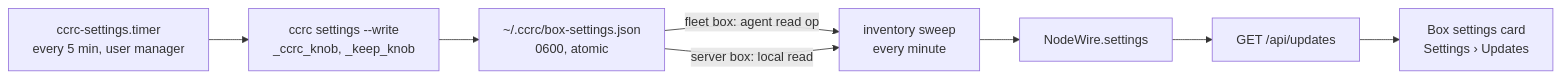
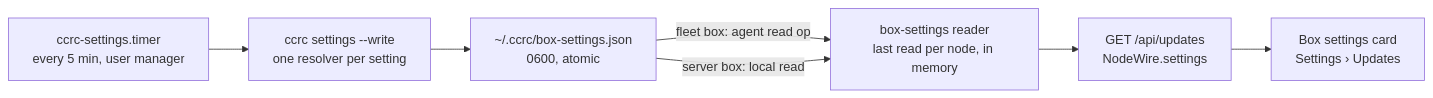
The diagram in docs/superpowers/specs/2026-10-25-box-settings-view-design.md (Synapsium-Labs/ccrc-pwa), drawn with Mermaid before and after one commit. The commit also changed other lines of this file, not shown here.

Commit message:
docs(spec): box settings revision 2, the design review folded in

````diff
--- a/docs/superpowers/specs/2026-10-25-box-settings-view-design.md
+++ b/docs/superpowers/specs/2026-10-25-box-settings-view-design.md
@@ -40,10 +45,9 @@
 ```mermaid
 flowchart LR
-  T["ccrc-settings.timer<br/>every 5 min, user manager"] --> C["ccrc settings --write<br/>_ccrc_knob, _keep_knob"]
+  T["ccrc-settings.timer<br/>every 5 min, user manager"] --> C["ccrc settings --write<br/>one resolver per setting"]
   C --> F["~/.ccrc/box-settings.json<br/>0600, atomic"]
-  F -- "fleet box: agent read op" --> I["inventory sweep<br/>every minute"]
-  F -- "server box: local read" --> I
-  I --> W["NodeWire.settings"]
-  W --> G["GET /api/updates"]
+  F -- "fleet box: agent read op" --> R["box-settings reader<br/>last read per node, in memory"]
+  F -- "server box: local read" --> R
+  R --> G["GET /api/updates<br/>NodeWire.settings"]
   G --> P["Box settings card<br/>Settings › Updates"]
 ```
````
